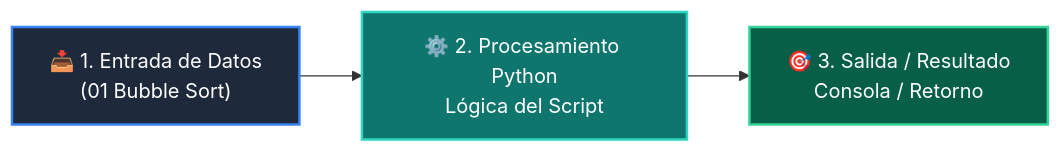
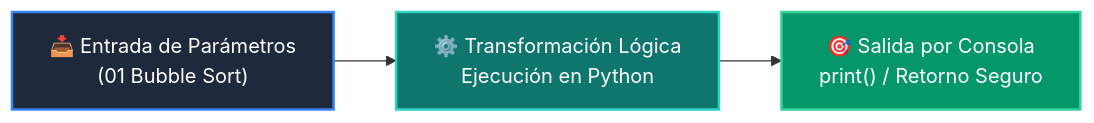
The diagram in 02-algoritmos-estructuras/clase-05-algoritmos-ordenamiento/ejemplos/ejemplo_01_bubble_sort/README.md (wisrovi/wisrovi-python), drawn with Mermaid before and after one commit. The commit also changed other lines of this file and 226 other files, not shown here.

Commit message:
docs: elevate all repository READMEs to world-class mastery standard with rich pedagogical architecture, custom Mermaids, and professional styling

````diff
--- a/02-algoritmos-estructuras/clase-05-algoritmos-ordenamiento/ejemplos/ejemplo_01_bubble_sort/README.md
+++ b/02-algoritmos-estructuras/clase-05-algoritmos-ordenamiento/ejemplos/ejemplo_01_bubble_sort/README.md
@@ -12,9 +19,9 @@
 ```mermaid
 flowchart LR
-    A["📥 1. Entrada de Datos<br/>(01 Bubble Sort)"] --> B["⚙️ 2. Procesamiento Python<br/>Lógica del Script"]
-    B --> C["🎯 3. Salida / Resultado<br/>Consola / Retorno"]
+    A["📥 Entrada de Parámetros<br/>(01 Bubble Sort)"] --> B["⚙️ Transformación Lógica<br/>Ejecución en Python"]
+    B --> C["🎯 Salida por Consola<br/>print() / Retorno Seguro"]
 
-    style A fill:#1e293b,color:#fff,stroke:#3b82f6,stroke-width:2px
-    style B fill:#0f766e,color:#fff,stroke:#2dd4bf,stroke-width:2px
-    style C fill:#065f46,color:#fff,stroke:#34d399,stroke-width:2px
+    style A fill:#1e293b,color:#ffffff,stroke:#3b82f6,stroke-width:2px
+    style B fill:#0f766e,color:#ffffff,stroke:#2dd4bf,stroke-width:2px
+    style C fill:#059669,color:#ffffff,stroke:#34d399,stroke-width:2px
 ```
````
